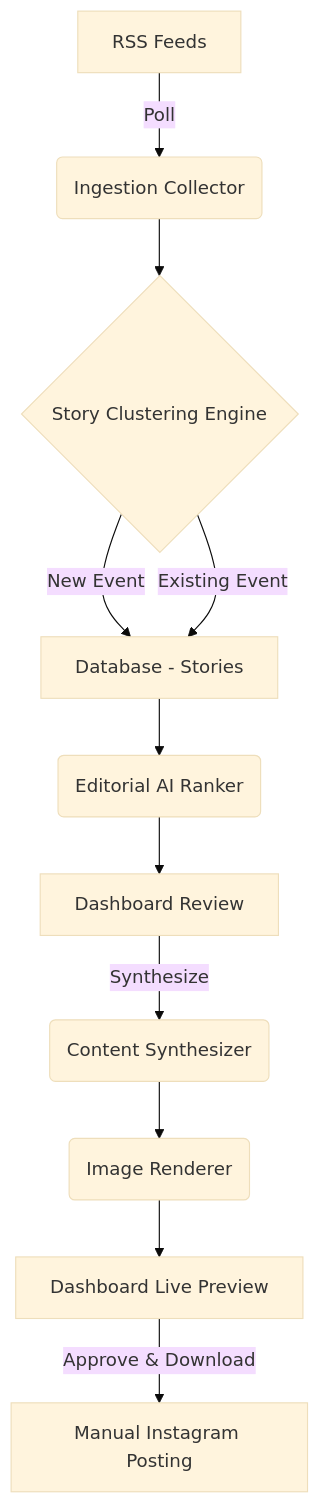
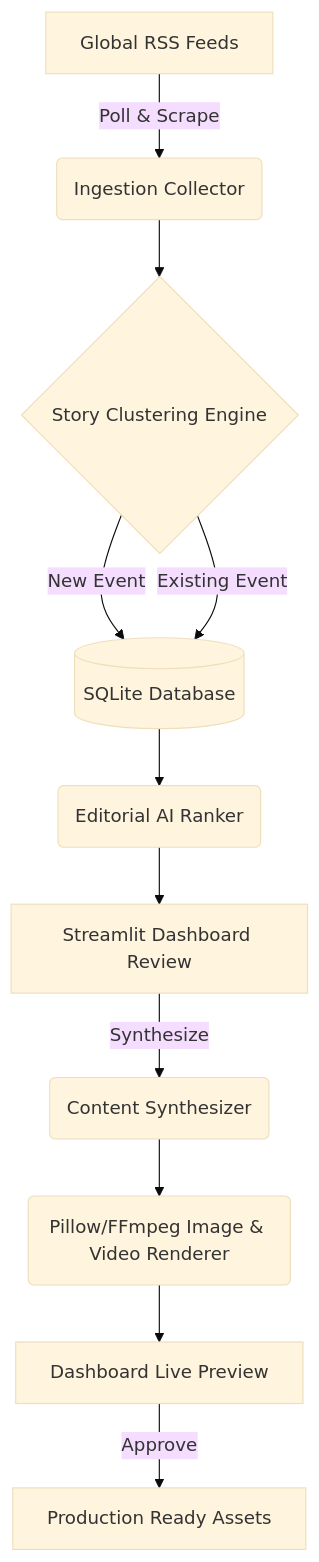
The diagram in README.md (mufasa027/BriefBot), drawn with Mermaid (base theme) before and after one commit. The commit also changed other lines of this file, not shown here.

````diff
--- a/README.md
+++ b/README.md
@@ -29,13 +27,13 @@
 ```mermaid
 graph TD
-    A[RSS Feeds] -->|Poll| B(Ingestion Collector)
+    A[Global RSS Feeds] -->|Poll & Scrape| B(Ingestion Collector)
     B --> C{Story Clustering Engine}
-    C -->|New Event| D[Database - Stories]
+    C -->|New Event| D[(SQLite Database)]
     C -->|Existing Event| D
     D --> E(Editorial AI Ranker)
-    E --> F[Dashboard Review]
+    E --> F[Streamlit Dashboard Review]
     F -->|Synthesize| G(Content Synthesizer)
-    G --> H(Image Renderer)
+    G --> H(Pillow/FFmpeg Image & Video Renderer)
     H --> I[Dashboard Live Preview]
-    I -->|Approve & Download| J[Manual Instagram Posting]
+    I -->|Approve| J[Production Ready Assets]
 ```
````
